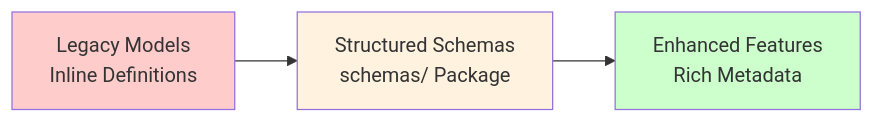
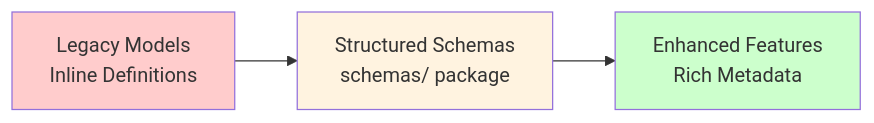
The second of 4 diagrams in README.md (ynzhuang/Traits_analysis), drawn with Mermaid before and after one commit. The commit also changed other lines of this file, not shown here.

````diff
--- a/README.md
+++ b/README.md
@@ -262,9 +262,9 @@
 ```mermaid
-graph LR
-    A[Legacy Models<br/>Inline Definitions] --> B[Structured Schemas<br/>schemas/ Package]
-    B --> C[Enhanced Features<br/>Rich Metadata]
-    
+flowchart LR
+    A["Legacy Models<br/>Inline Definitions"] --> B["Structured Schemas<br/>schemas/ package"]
+    B --> C["Enhanced Features<br/>Rich Metadata"]
+
     style A fill:#ffcccc
     style B fill:#fff3e0
     style C fill:#ccffcc
 ```
````
